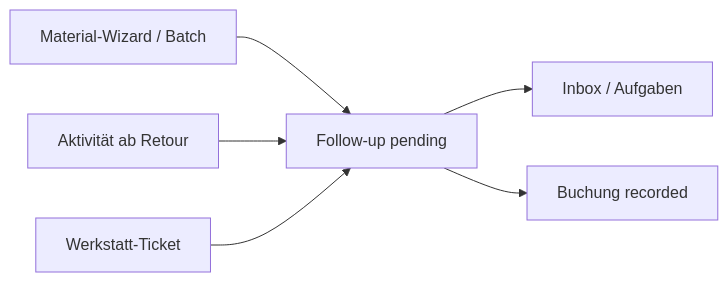
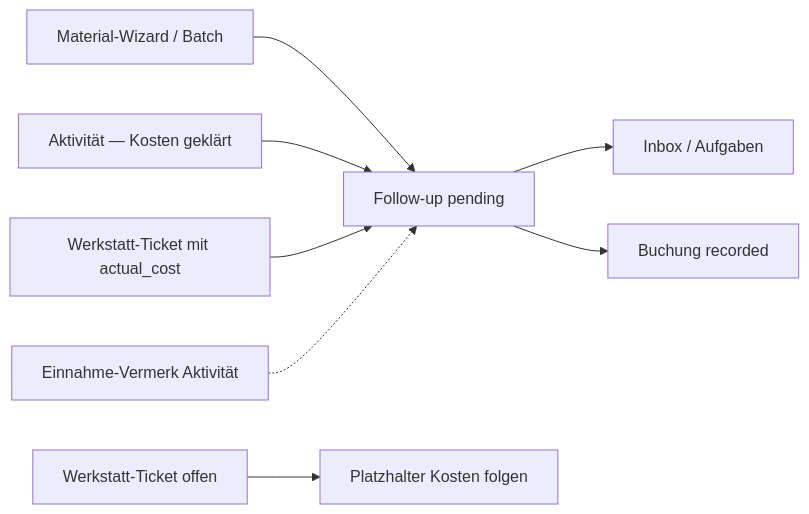
The second of 2 diagrams in docs/accounting.md (eMatChef/eMatChef1), drawn with Mermaid before and after one commit. The commit also changed other lines of this file and 162 other files, not shown here.

````diff
--- a/docs/accounting.md
+++ b/docs/accounting.md
@@ -57,8 +207,10 @@
 ```mermaid
 flowchart LR
     MW[Material-Wizard / Batch] --> FU[Follow-up pending]
-    ACT[Aktivität ab Retour] --> FU
-    WS[Werkstatt-Ticket] --> FU
+    ACT[Aktivität — Kosten geklärt] --> FU
+    WSOpen[Werkstatt-Ticket offen] --> EXP[Platzhalter Kosten folgen]
+    WSDone[Werkstatt-Ticket mit actual_cost] --> FU
+    NOTE[Einnahme-Vermerk Aktivität] -.-> FU
     FU --> INBOX[Inbox / Aufgaben]
     FU --> BK[Buchung recorded]
 ```
````
